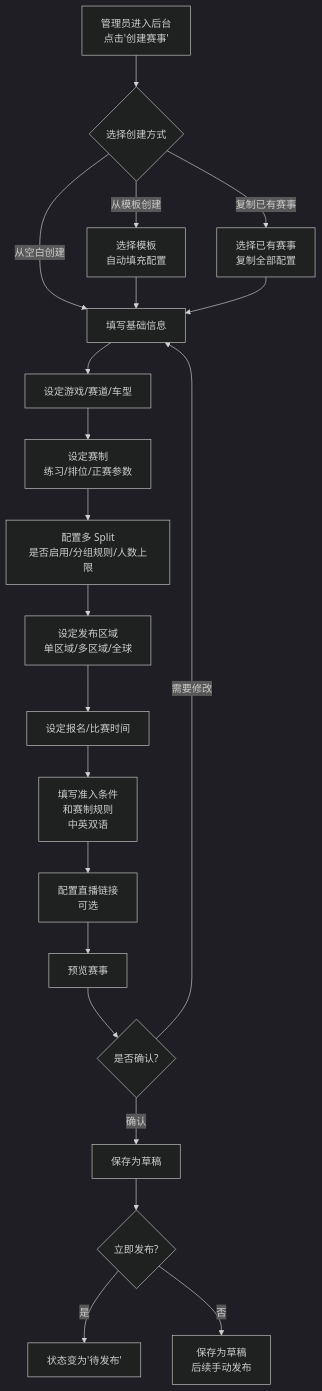
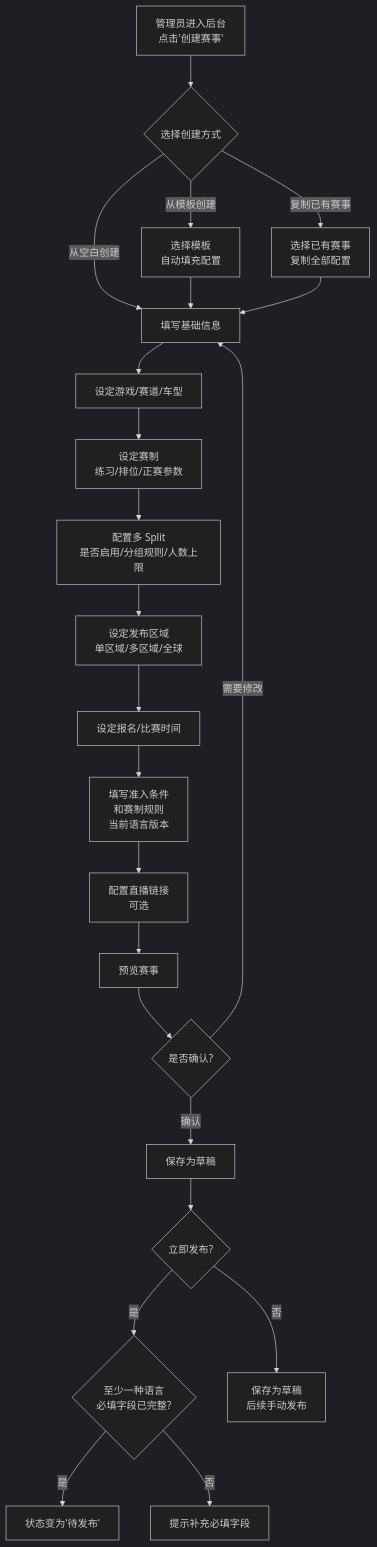
The second of 8 diagrams in PRD.md (SagaLinZP/Racing-Arcade), drawn with Mermaid (dark theme) before and after one commit. The commit also changed other lines of this file, not shown here.

````diff
--- a/PRD.md
+++ b/PRD.md
@@ -423,28 +427,30 @@
 ```mermaid
 flowchart TD
     A[管理员进入后台<br/>点击'创建赛事'] --> B{选择创建方式}
     
     B -->|从空白创建| C[填写基础信息]
     B -->|从模板创建| C1[选择模板<br/>自动填充配置]
     B -->|复制已有赛事| C2[选择已有赛事<br/>复制全部配置]
     
     C1 --> C
     C2 --> C
     
     C --> D[设定游戏/赛道/车型]
     D --> E[设定赛制<br/>练习/排位/正赛参数]
     E --> F[配置多 Split<br/>是否启用/分组规则/人数上限]
     F --> G[设定发布区域<br/>单区域/多区域/全球]
     G --> H[设定报名/比赛时间]
-    H --> I[填写准入条件<br/>和赛制规则<br/>中英双语]
+    H --> I[填写准入条件<br/>和赛制规则<br/>当前语言版本]
     I --> J[配置直播链接<br/>可选]
     J --> K[预览赛事]
     
     K --> L{是否确认?}
     L -->|需要修改| C
     L -->|确认| M[保存为草稿]
     
     M --> N{立即发布?}
-    N -->|是| O[状态变为'待发布']
+    N -->|是| N1{至少一种语言<br/>必填字段已完整?}
+    N1 -->|是| O[状态变为'待发布']
+    N1 -->|否| N2[提示补充必填字段]
     N -->|否| P[保存为草稿<br/>后续手动发布]
 ```
````
